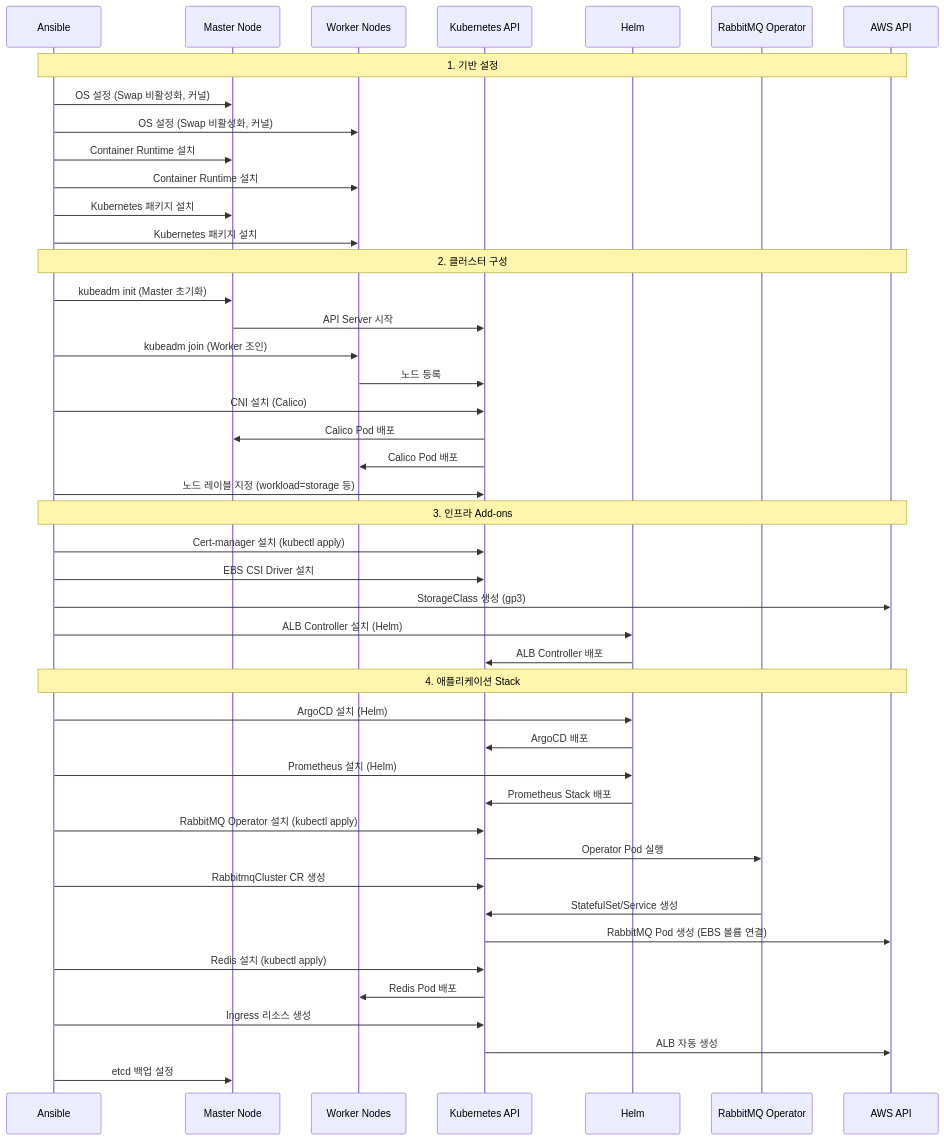
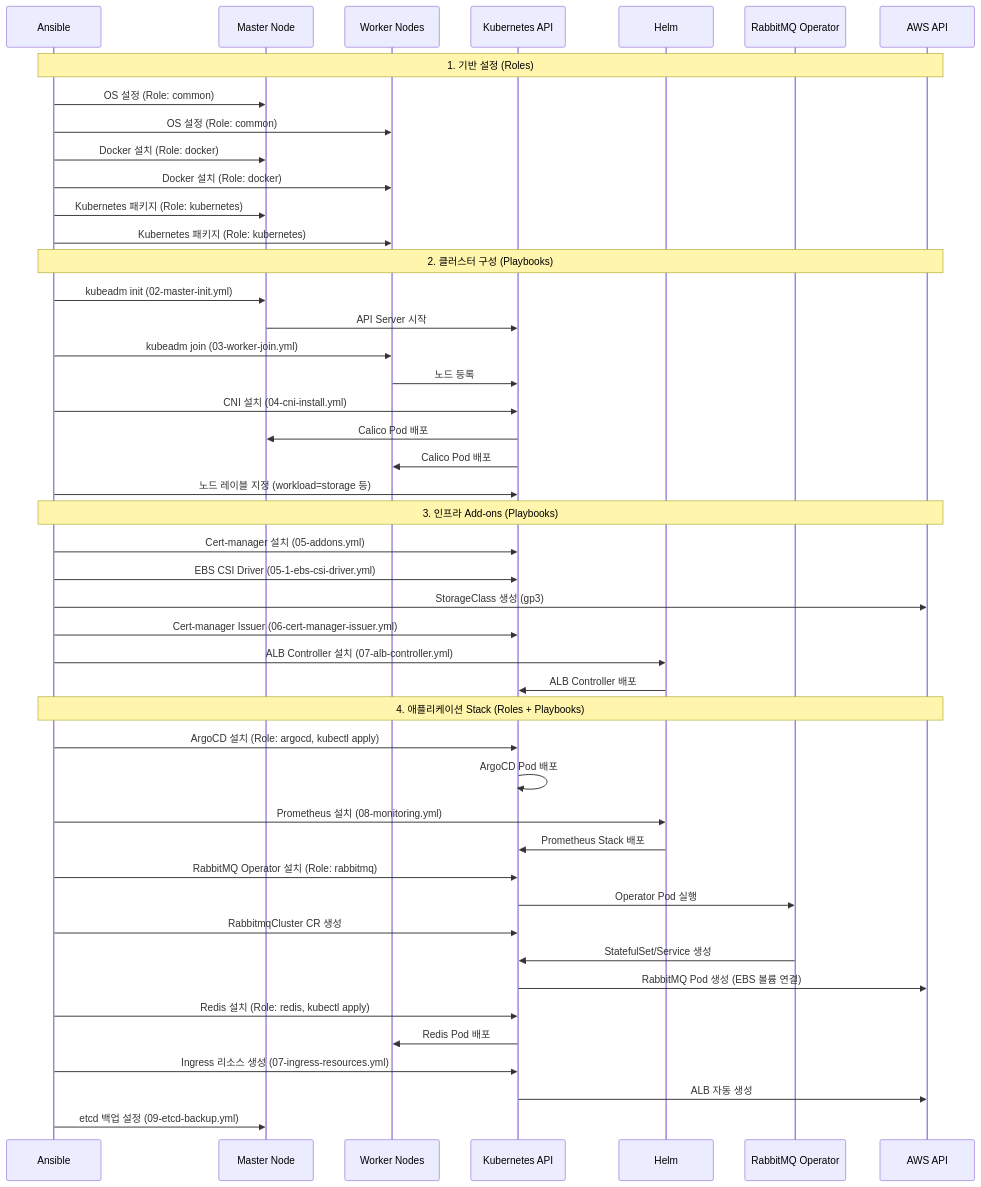
Before and after one commit to eco2-team/backend: the fourth of 8 diagrams in docs/architecture/INFRASTRUCTURE_DEPLOYMENT_DIAGRAM.md, drawn with Mermaid. The commit also changed other lines of this file and 10 other files, not shown here.

````diff
--- a/docs/architecture/INFRASTRUCTURE_DEPLOYMENT_DIAGRAM.md
+++ b/docs/architecture/INFRASTRUCTURE_DEPLOYMENT_DIAGRAM.md
@@ -118,51 +134,52 @@
 ```mermaid
 sequenceDiagram
     participant Ansible
     participant Master as Master Node
     participant Workers as Worker Nodes
     participant K8s as Kubernetes API
     participant Helm as Helm
     participant Operator as RabbitMQ Operator
     participant AWS as AWS API
     
-    Note over Ansible,AWS: 1. 기반 설정
-    Ansible->>Master: OS 설정 (Swap 비활성화, 커널)
-    Ansible->>Workers: OS 설정 (Swap 비활성화, 커널)
-    Ansible->>Master: Container Runtime 설치
-    Ansible->>Workers: Container Runtime 설치
-    Ansible->>Master: Kubernetes 패키지 설치
-    Ansible->>Workers: Kubernetes 패키지 설치
+    Note over Ansible,AWS: 1. 기반 설정 (Roles)
+    Ansible->>Master: OS 설정 (Role: common)
+    Ansible->>Workers: OS 설정 (Role: common)
+    Ansible->>Master: Docker 설치 (Role: docker)
+    Ansible->>Workers: Docker 설치 (Role: docker)
+    Ansible->>Master: Kubernetes 패키지 (Role: kubernetes)
+    Ansible->>Workers: Kubernetes 패키지 (Role: kubernetes)
     
-    Note over Ansible,AWS: 2. 클러스터 구성
-    Ansible->>Master: kubeadm init (Master 초기화)
+    Note over Ansible,AWS: 2. 클러스터 구성 (Playbooks)
+    Ansible->>Master: kubeadm init (02-master-init.yml)
     Master->>K8s: API Server 시작
-    Ansible->>Workers: kubeadm join (Worker 조인)
+    Ansible->>Workers: kubeadm join (03-worker-join.yml)
     Workers->>K8s: 노드 등록
-    Ansible->>K8s: CNI 설치 (Calico)
+    Ansible->>K8s: CNI 설치 (04-cni-install.yml)
     K8s->>Master: Calico Pod 배포
     K8s->>Workers: Calico Pod 배포
     Ansible->>K8s: 노드 레이블 지정 (workload=storage 등)
     
-    Note over Ansible,AWS: 3. 인프라 Add-ons
-    Ansible->>K8s: Cert-manager 설치 (kubectl apply)
-    Ansible->>K8s: EBS CSI Driver 설치
+    Note over Ansible,AWS: 3. 인프라 Add-ons (Playbooks)
+    Ansible->>K8s: Cert-manager 설치 (05-addons.yml)
+    Ansible->>K8s: EBS CSI Driver (05-1-ebs-csi-driver.yml)
     Ansible->>AWS: StorageClass 생성 (gp3)
-    Ansible->>Helm: ALB Controller 설치 (Helm)
+    Ansible->>K8s: Cert-manager Issuer (06-cert-manager-issuer.yml)
+    Ansible->>Helm: ALB Controller 설치 (07-alb-controller.yml)
     Helm->>K8s: ALB Controller 배포
     
-    Note over Ansible,AWS: 4. 애플리케이션 Stack
-    Ansible->>Helm: ArgoCD 설치 (Helm)
-    Helm->>K8s: ArgoCD 배포
-    Ansible->>Helm: Prometheus 설치 (Helm)
+    Note over Ansible,AWS: 4. 애플리케이션 Stack (Roles + Playbooks)
+    Ansible->>K8s: ArgoCD 설치 (Role: argocd, kubectl apply)
+    K8s->>K8s: ArgoCD Pod 배포
+    Ansible->>Helm: Prometheus 설치 (08-monitoring.yml)
     Helm->>K8s: Prometheus Stack 배포
-    Ansible->>K8s: RabbitMQ Operator 설치 (kubectl apply)
+    Ansible->>K8s: RabbitMQ Operator 설치 (Role: rabbitmq)
     K8s->>Operator: Operator Pod 실행
     Ansible->>K8s: RabbitmqCluster CR 생성
     Operator->>K8s: StatefulSet/Service 생성
     K8s->>AWS: RabbitMQ Pod 생성 (EBS 볼륨 연결)
-    Ansible->>K8s: Redis 설치 (kubectl apply)
+    Ansible->>K8s: Redis 설치 (Role: redis, kubectl apply)
     K8s->>Workers: Redis Pod 배포
-    Ansible->>K8s: Ingress 리소스 생성
+    Ansible->>K8s: Ingress 리소스 생성 (07-ingress-resources.yml)
     K8s->>AWS: ALB 자동 생성
-    Ansible->>Master: etcd 백업 설정
+    Ansible->>Master: etcd 백업 설정 (09-etcd-backup.yml)
 ```
````
